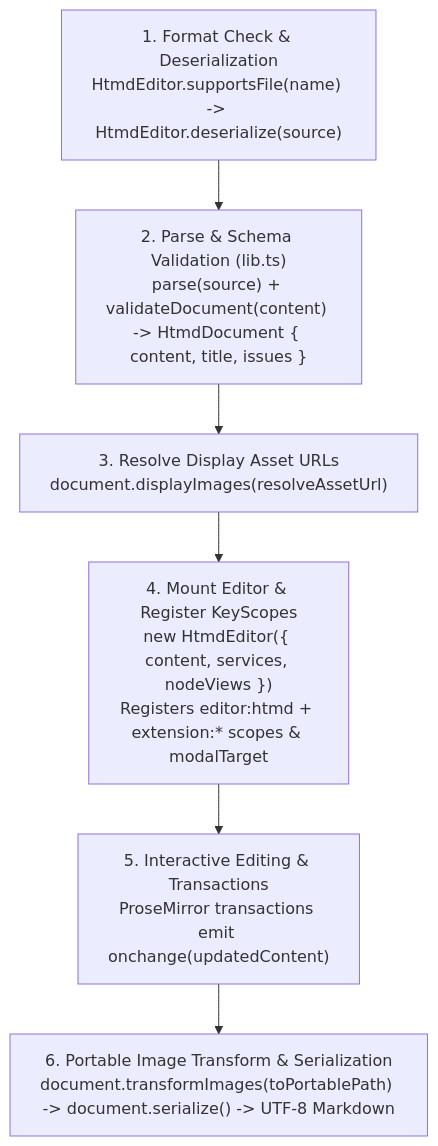
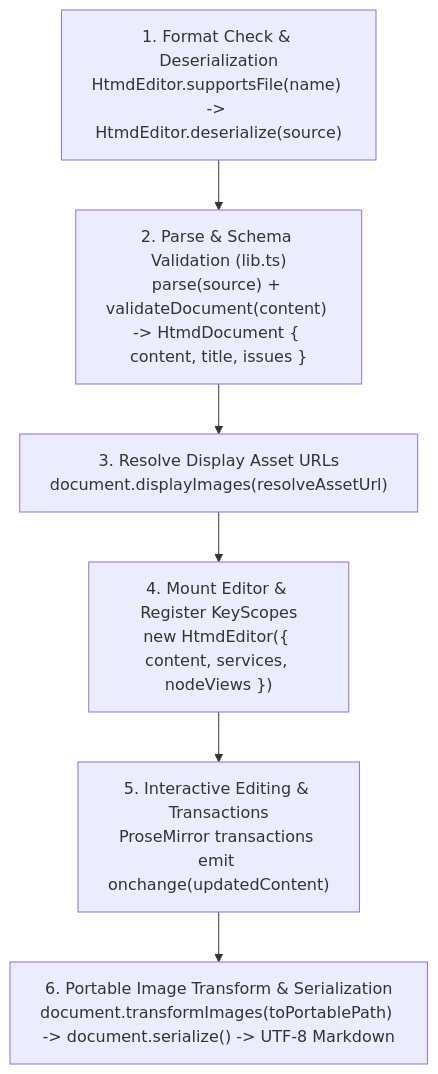
Before and after one commit to hypertextual/hypertextual: the second of 2 diagrams in docs/architecture/htmd-ts/index.md, drawn with Mermaid. The commit also changed other lines of this file and 4 other files, not shown here.

Commit message:
docs(architecture): rewrite editor and extension docs in simple English with diagrams and tables

````diff
--- a/docs/architecture/htmd-ts/index.md
+++ b/docs/architecture/htmd-ts/index.md
@@ -64,11 +66,11 @@
 ```mermaid
 flowchart TD
     Step1["1. Format Check & Deserialization<br/>HtmdEditor.supportsFile(name) -> HtmdEditor.deserialize(source)"]
     Step2["2. Parse & Schema Validation (lib.ts)<br/>parse(source) + validateDocument(content) -> HtmdDocument { content, title, issues }"]
     Step3["3. Resolve Display Asset URLs<br/>document.displayImages(resolveAssetUrl)"]
-    Step4["4. Mount Editor & Register KeyScopes<br/>new HtmdEditor({ content, services, nodeViews })<br/>Registers editor:htmd + extension:* scopes & modalTarget"]
+    Step4["4. Mount Editor & Register KeyScopes<br/>new HtmdEditor({ content, services, nodeViews })"]
     Step5["5. Interactive Editing & Transactions<br/>ProseMirror transactions emit onchange(updatedContent)"]
     Step6["6. Portable Image Transform & Serialization<br/>document.transformImages(toPortablePath) -> document.serialize() -> UTF-8 Markdown"]
 
     Step1 --> Step2 --> Step3 --> Step4 --> Step5 --> Step6
 ```
````
